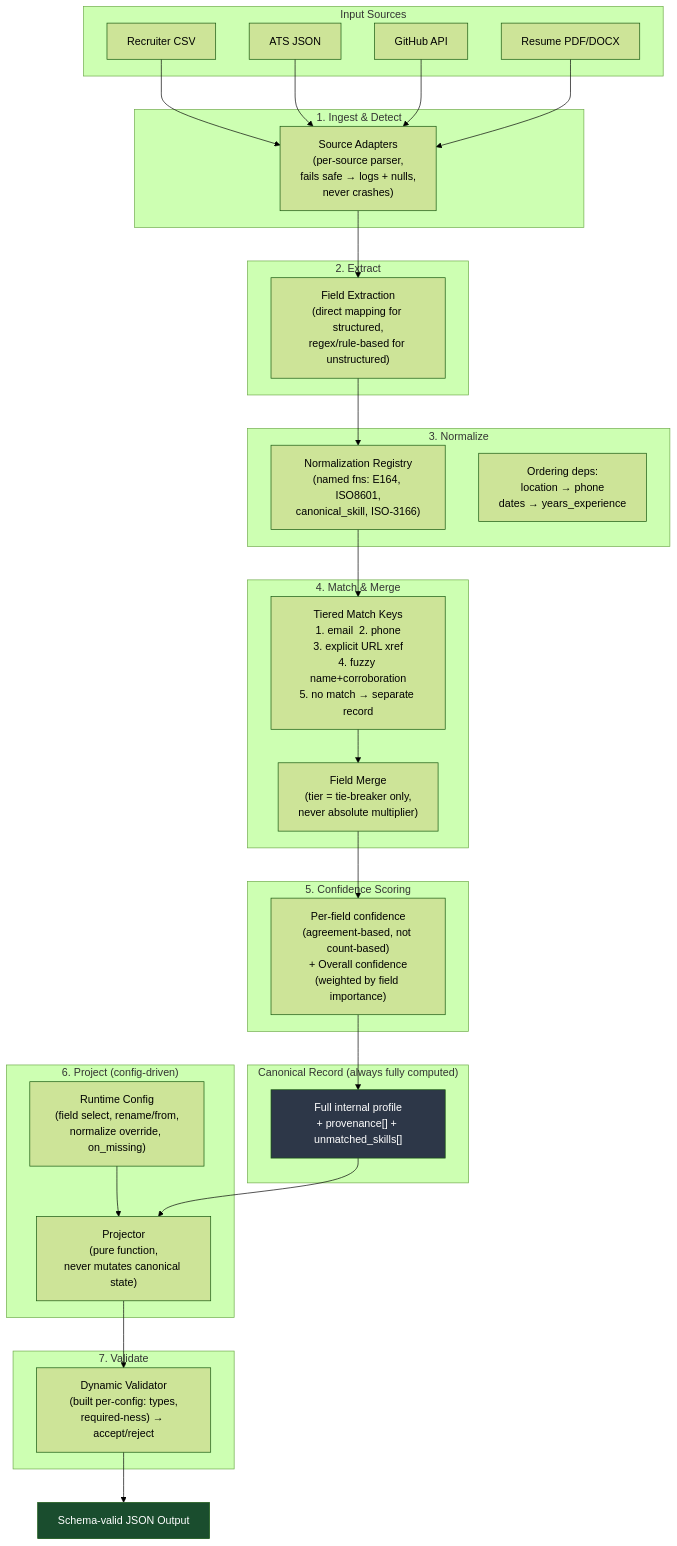
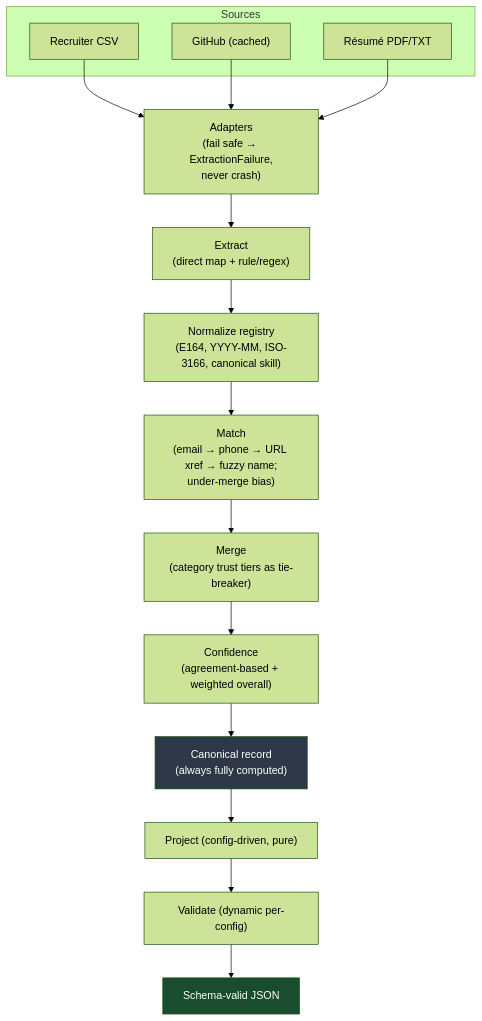
Before and after one commit to naveenkailash27/candidate-data-transformer: the diagram in README.md, drawn with Mermaid (forest theme). The commit also changed other lines of this file, not shown here.

First line of the commit message:
Rewrite README for the built system

````diff
--- a/README.md
+++ b/README.md
@@ -19,57 +71,25 @@
 ```mermaid
 flowchart TD
-    subgraph Sources["Input Sources"]
+    subgraph Sources
         CSV["Recruiter CSV"]
-        ATS["ATS JSON"]
-        GH["GitHub API"]
-        RES["Resume PDF/DOCX"]
+        GH["GitHub (cached)"]
+        RES["Résumé PDF/TXT"]
     end
-
-    subgraph Ingest["1. Ingest & Detect"]
-        ADP["Source Adapters\n(per-source parser,\nfails safe → logs + nulls,\nnever crashes)"]
-    end
-
-    subgraph Extract["2. Extract"]
-        EXT["Field Extraction\n(direct mapping for structured,\nregex/rule-based for unstructured)"]
-    end
-
-    subgraph Normalize["3. Normalize"]
-        NORM["Normalization Registry\n(named fns: E164, ISO8601,\ncanonical_skill, ISO-3166)"]
-        ORD["Ordering deps:\nlocation → phone\ndates → years_experience"]
-    end
-
-    subgraph Match["4. Match & Merge"]
-        MATCH["Tiered Match Keys\n1. email  2. phone\n3. explicit URL xref\n4. fuzzy name+corroboration\n5. no match → separate record"]
-        MERGE["Field Merge\n(tier = tie-breaker only,\nnever absolute multiplier)"]
-    end
-
-    subgraph Confidence["5. Confidence Scoring"]
-        CONF["Per-field confidence\n(agreement-based, not count-based)\n+ Overall confidence\n(weighted by field importance)"]
-    end
-
-    subgraph Canonical["Canonical Record (always fully computed)"]
-        CREC["Full internal profile\n+ provenance[] + unmatched_skills[]"]
-    end
-
-    subgraph Project["6. Project (config-driven)"]
-        CFG["Runtime Config\n(field select, rename/from,\nnormalize override, on_missing)"]
-        PROJ["Projector\n(pure function,\nnever mutates canonical state)"]
-    end
-
-    subgraph Validate["7. Validate"]
-        VAL["Dynamic Validator\n(built per-config: types,\nrequired-ness) → accept/reject"]
-    end
-
-    OUT["Schema-valid JSON Output"]
+    ADP["Adapters\n(fail safe → ExtractionFailure,\nnever crash)"]
+    EXT["Extract\n(direct map + rule/regex)"]
+    NORM["Normalize registry\n(E164, YYYY-MM, ISO-3166, canonical skill)"]
+    MATCH["Match\n(email → phone → URL xref → fuzzy name;\nunder-merge bias)"]
+    MERGE["Merge\n(category trust tiers as tie-breaker)"]
+    CONF["Confidence\n(agreement-based + weighted overall)"]
+    CREC["Canonical record\n(always fully computed)"]
+    PROJ["Project (config-driven, pure)"]
+    VAL["Validate (dynamic per-config)"]
+    OUT["Schema-valid JSON"]
 
     CSV --> ADP
-    ATS --> ADP
     GH --> ADP
     RES --> ADP
-    ADP --> EXT --> NORM --> MATCH --> MERGE --> CONF --> CREC
-    CFG --> PROJ
-    CREC --> PROJ --> VAL --> OUT
-
+    ADP --> EXT --> NORM --> MATCH --> MERGE --> CONF --> CREC --> PROJ --> VAL --> OUT
     style CREC fill:#2d3748,color:#fff
     style OUT fill:#1a4d2e,color:#fff
 ```
````
